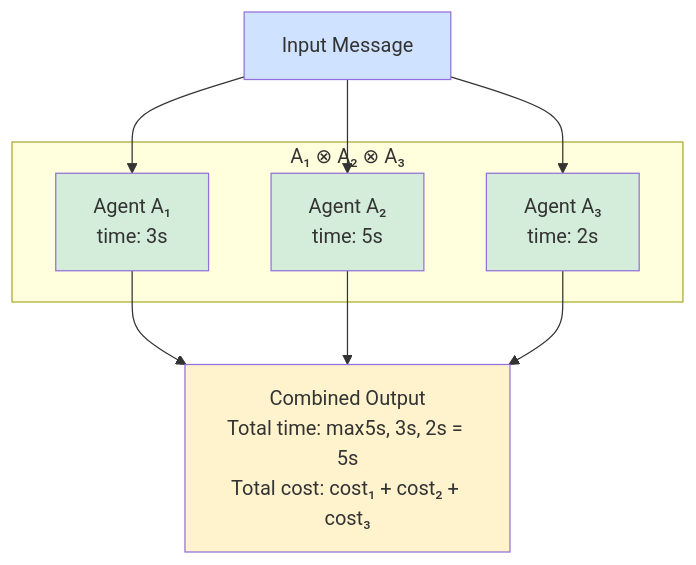
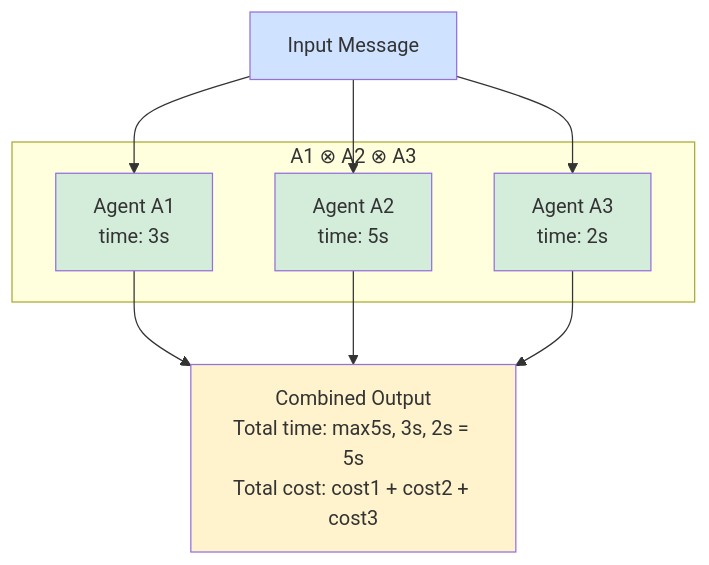
Before and after one commit to xkrajnan/Agentic_Design_Patterns: diagram 15 of 37 in docs/10_UNIFIED_THEORY.md, drawn with Mermaid. The commit also changed other lines of this file, not shown here.

First line of the commit message:
Fix Mermaid diagram rendering by replacing Unicode subscripts

````diff
--- a/docs/10_UNIFIED_THEORY.md
+++ b/docs/10_UNIFIED_THEORY.md
@@ -906,26 +906,26 @@
 ```mermaid
 flowchart TB
     Input[Input Message]
 
-    subgraph "A₁ ⊗ A₂ ⊗ A₃"
-        A1[Agent A₁<br/>time: 3s]
-        A2[Agent A₂<br/>time: 5s]
-        A3[Agent A₃<br/>time: 2s]
+    subgraph "A1 ⊗ A2 ⊗ A3"
+        A1[Agent A1<br/>time: 3s]
+        A2[Agent A2<br/>time: 5s]
+        A3[Agent A3<br/>time: 2s]
     end
 
-    Output[Combined Output<br/>Total time: max5s, 3s, 2s = 5s<br/>Total cost: cost₁ + cost₂ + cost₃]
+    Output[Combined Output<br/>Total time: max5s, 3s, 2s = 5s<br/>Total cost: cost1 + cost2 + cost3]
 
     Input --> A1
     Input --> A2
     Input --> A3
 
     A1 --> Output
     A2 --> Output
     A3 --> Output
 
     style Input fill:#cfe2ff
     style A1 fill:#d4edda
     style A2 fill:#d4edda
     style A3 fill:#d4edda
     style Output fill:#fff3cd
 ```
````
